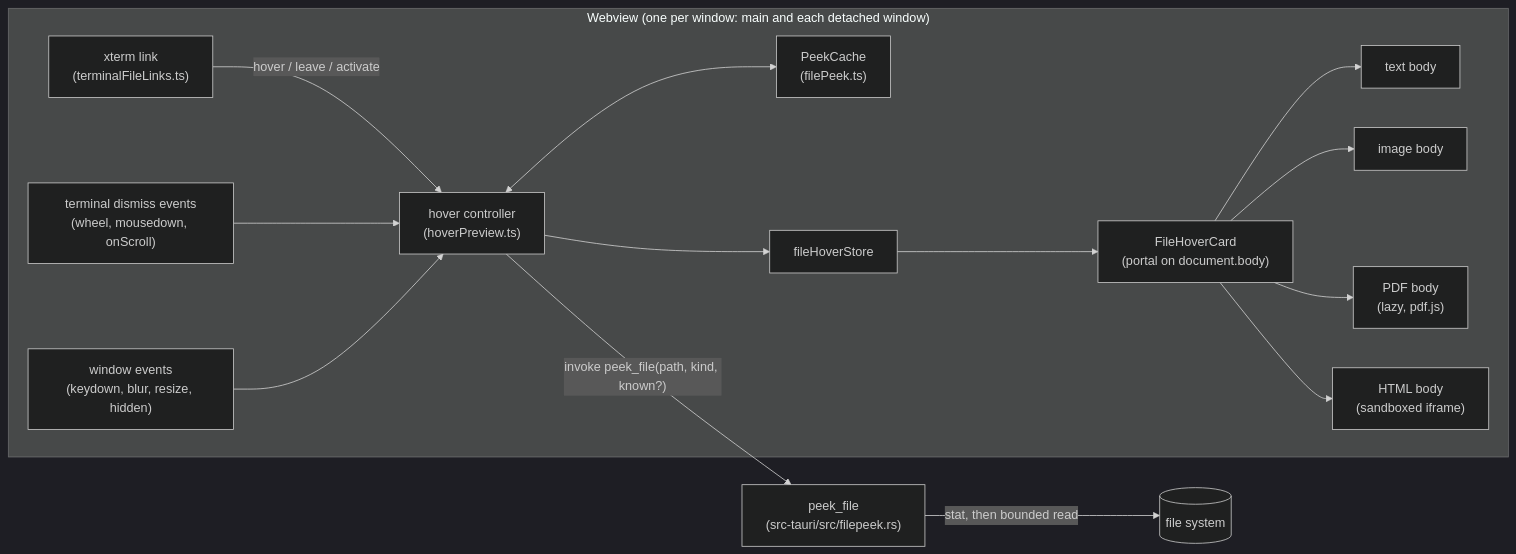
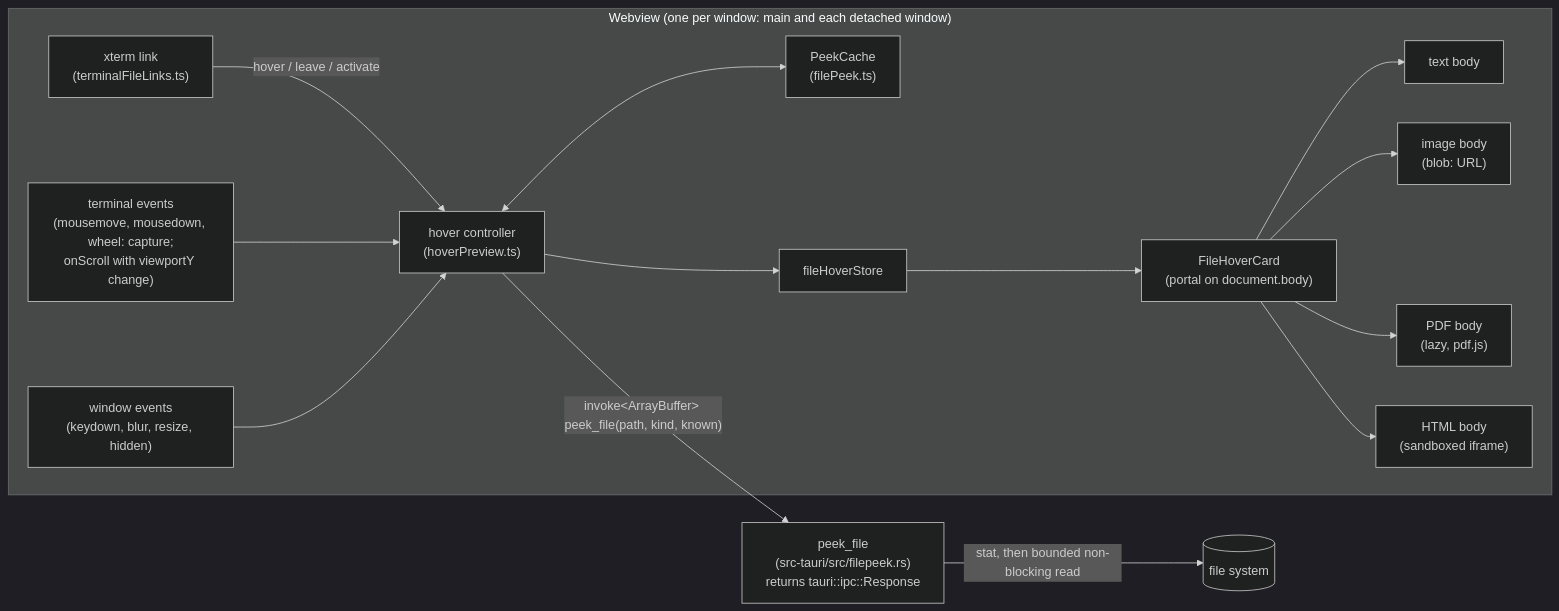
Before and after one commit to alvin-reyes/better-agentic-ide: the first of 2 diagrams in _bmad-output/plan-file-hover-preview.md, drawn with Mermaid (dark theme). The commit also changed other lines of this file, not shown here.

````diff
--- a/_bmad-output/plan-file-hover-preview.md
+++ b/_bmad-output/plan-file-hover-preview.md
@@ -59,14 +90,14 @@
 ```mermaid
 flowchart LR
   subgraph Webview["Webview (one per window: main and each detached window)"]
     XT["xterm link<br/>(terminalFileLinks.ts)"] -- "hover / leave / activate" --> HC["hover controller<br/>(hoverPreview.ts)"]
-    TD["terminal dismiss events<br/>(wheel, mousedown, onScroll)"] --> HC
+    TD["terminal events<br/>(mousemove, mousedown, wheel: capture;<br/>onScroll with viewportY change)"] --> HC
     WD["window events<br/>(keydown, blur, resize, hidden)"] --> HC
     HC <--> PC["PeekCache<br/>(filePeek.ts)"]
     HC --> ST["fileHoverStore"]
     ST --> CARD["FileHoverCard<br/>(portal on document.body)"]
-    CARD --> B1["text body"] & B2["image body"] & B3["PDF body<br/>(lazy, pdf.js)"] & B4["HTML body<br/>(sandboxed iframe)"]
+    CARD --> B1["text body"] & B2["image body<br/>(blob: URL)"] & B3["PDF body<br/>(lazy, pdf.js)"] & B4["HTML body<br/>(sandboxed iframe)"]
   end
-  HC -- "invoke peek_file(path, kind, known?)" --> PF["peek_file<br/>(src-tauri/src/filepeek.rs)"]
-  PF -- "stat, then bounded read" --> FS[("file system")]
+  HC -- "invoke&lt;ArrayBuffer&gt; peek_file(path, kind, known)" --> PF["peek_file<br/>(src-tauri/src/filepeek.rs)<br/>returns tauri::ipc::Response"]
+  PF -- "stat, then bounded non-blocking read" --> FS[("file system")]
 ```
````
